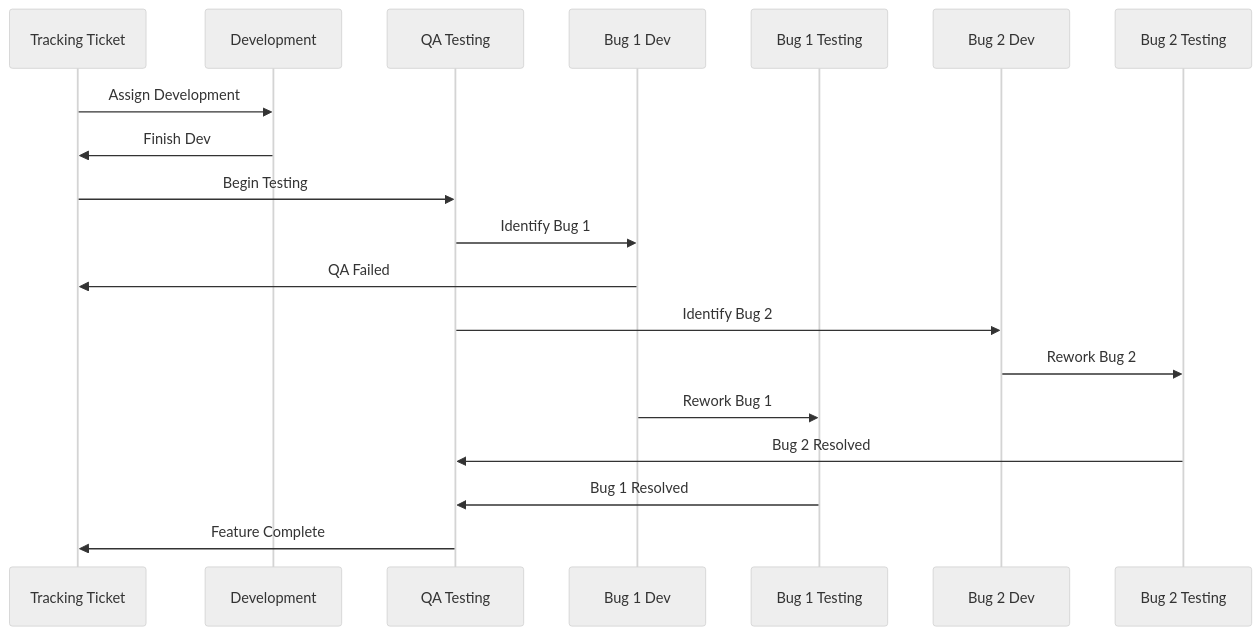
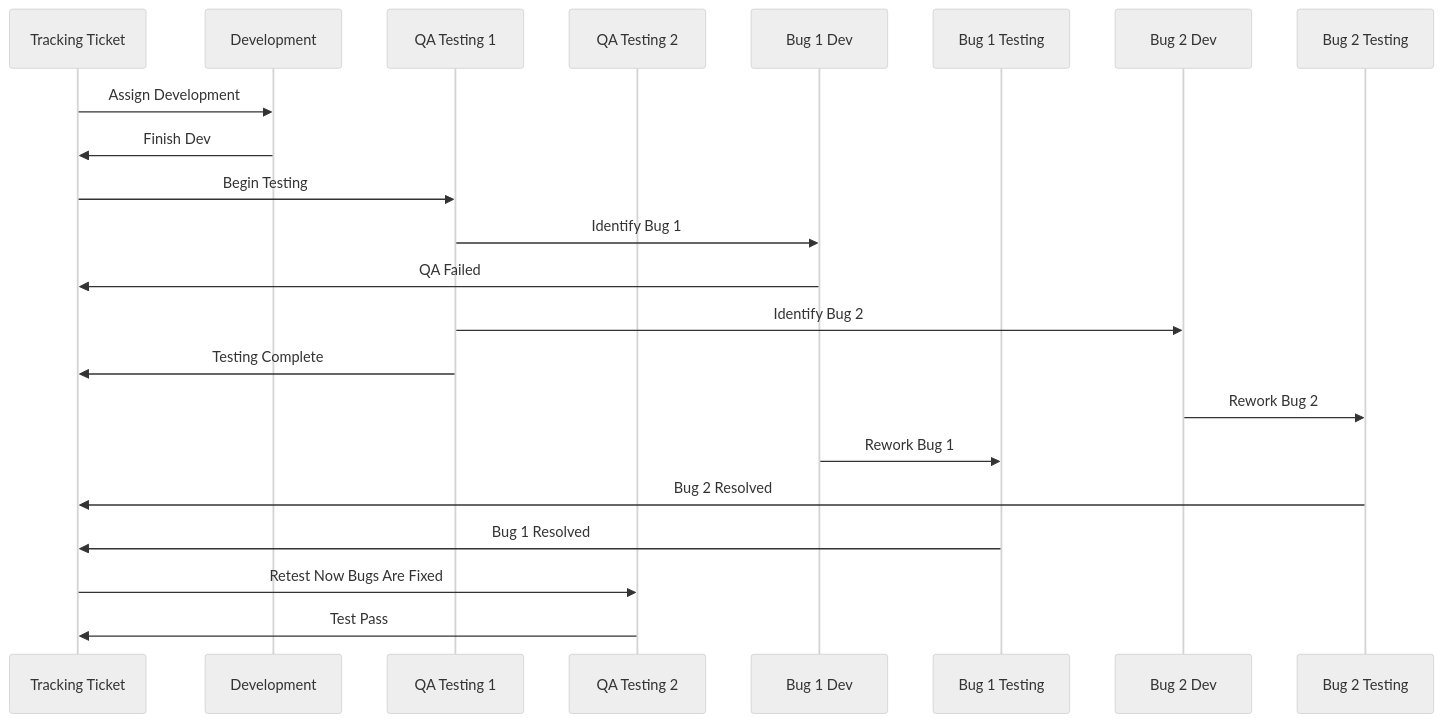
The second of 7 diagrams in workflow.md (NyanHelsing/nyanhelsing.github.io), drawn with Mermaid (neutral theme) before and after one commit. The commit also changed other lines of this file, not shown here.

````diff
--- a/workflow.md
+++ b/workflow.md
@@ -37,22 +36,25 @@
 ```mermaid
 sequenceDiagram
     participant TT as Tracking Ticket
     participant Dev as Development
-    participant QA as QA Testing
+    participant QA as QA Testing 1
+    participant QA2 as QA Testing 2
     participant B1 as Bug 1 Dev
     participant B1T as Bug 1 Testing
     participant B2 as Bug 2 Dev
     participant B2T as Bug 2 Testing
 
     TT->>Dev: Assign Development
     Dev->>TT: Finish Dev
     TT->>QA: Begin Testing
     QA->>B1: Identify Bug 1
     B1->>TT: QA Failed
     QA->>B2: Identify Bug 2
+    QA->>TT: Testing Complete
     B2->>B2T: Rework Bug 2
     B1->>B1T: Rework Bug 1
-    B2T->>QA: Bug 2 Resolved
-    B1T->>QA: Bug 1 Resolved
-    QA->>TT: Feature Complete
+    B2T->>TT: Bug 2 Resolved
+    B1T->>TT: Bug 1 Resolved
+    TT->>QA2: Retest Now Bugs Are Fixed
+    QA2->>TT: Test Pass
 ```
````
